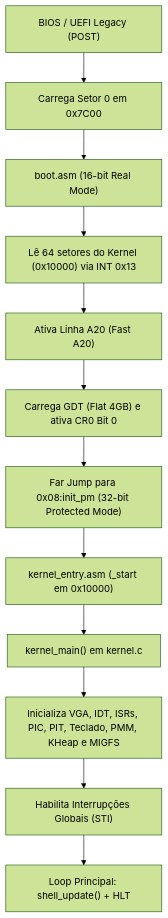
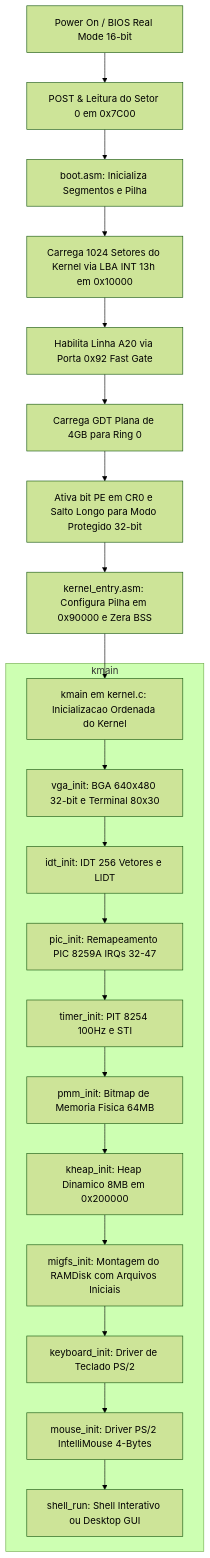
One commit to miguelGoncalvss/MigSO changed the first of 5 diagrams in README.md. Above: the diagram before and after it, drawn with Mermaid (forest theme). The commit also changed other lines of this file and 228 other files, not shown here.

````diff
--- a/README.md
+++ b/README.md
@@ -138,14 +480,24 @@
 ```mermaid
 flowchart TD
-    A["BIOS / UEFI Legacy (POST)"] --> B["Carrega Setor 0 em 0x7C00"]
-    B --> C["boot.asm (16-bit Real Mode)"]
-    C --> D["Lê 64 setores do Kernel (0x10000) via INT 0x13"]
-    D --> E["Ativa Linha A20 (Fast A20)"]
-    E --> F["Carrega GDT (Flat 4GB) e ativa CR0 Bit 0"]
-    F --> G["Far Jump para 0x08:init_pm (32-bit Protected Mode)"]
-    G --> H["kernel_entry.asm (_start em 0x10000)"]
-    H --> I["kernel_main() em kernel.c"]
-    I --> J["Inicializa VGA, IDT, ISRs, PIC, PIT, Teclado, PMM, KHeap e MIGFS"]
-    J --> K["Habilita Interrupções Globais (STI)"]
-    K --> L["Loop Principal: shell_update() + HLT"]
+    A[Power On / BIOS Real Mode 16-bit] --> B[POST & Leitura do Setor 0 em 0x7C00]
+    B --> C[boot.asm: Inicializa Segmentos e Pilha]
+    C --> D[Carrega 1024 Setores do Kernel via LBA INT 13h em 0x10000]
+    D --> E[Habilita Linha A20 via Porta 0x92 Fast Gate]
+    E --> F[Carrega GDT Plana de 4GB para Ring 0]
+    F --> G[Ativa bit PE em CR0 e Salto Longo para Modo Protegido 32-bit]
+    G --> H[kernel_entry.asm: Configura Pilha em 0x90000 e Zera BSS]
+    H --> I[kmain em kernel.c: Inicializacao Ordenada do Kernel]
+    
+    subgraph Inicializacao do Kernel [kmain]
+        I --> J1[vga_init: BGA 640x480 32-bit e Terminal 80x30]
+        J1 --> J2[idt_init: IDT 256 Vetores e LIDT]
+        J2 --> J3[pic_init: Remapeamento PIC 8259A IRQs 32-47]
+        J3 --> J4[timer_init: PIT 8254 100Hz e STI]
+        J4 --> J5[pmm_init: Bitmap de Memoria Fisica 64MB]
+        J5 --> J6[kheap_init: Heap Dinamico 8MB em 0x200000]
+        J6 --> J7[migfs_init: Montagem do RAMDisk com Arquivos Iniciais]
+        J7 --> J8[keyboard_init: Driver de Teclado PS/2]
+        J8 --> J9[mouse_init: Driver PS/2 IntelliMouse 4-Bytes]
+        J9 --> J10[shell_run: Shell Interativo ou Desktop GUI]
+    end
 ```
````
